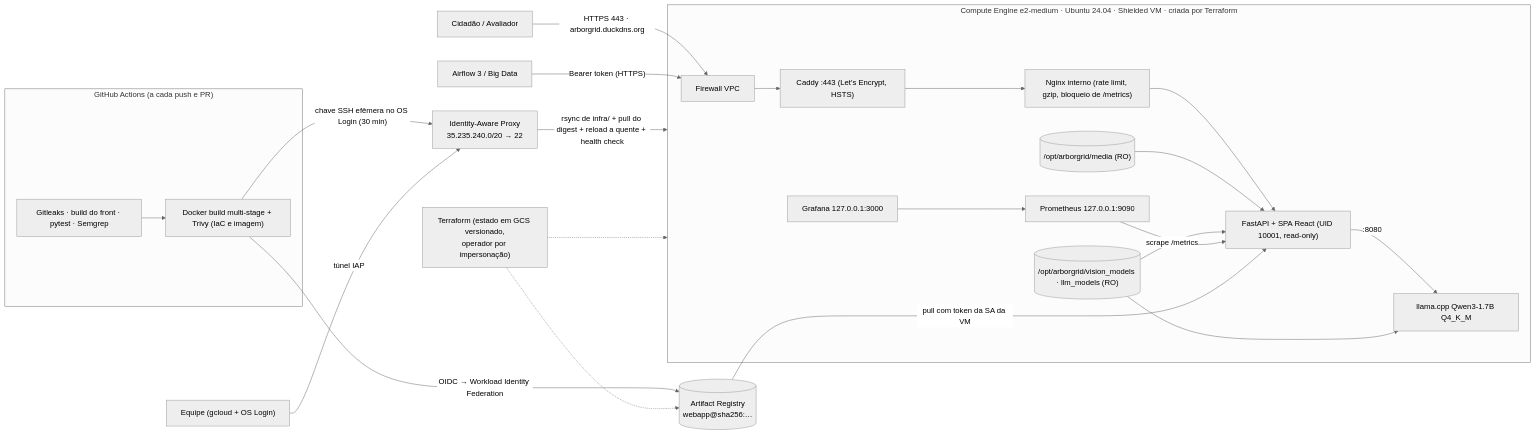
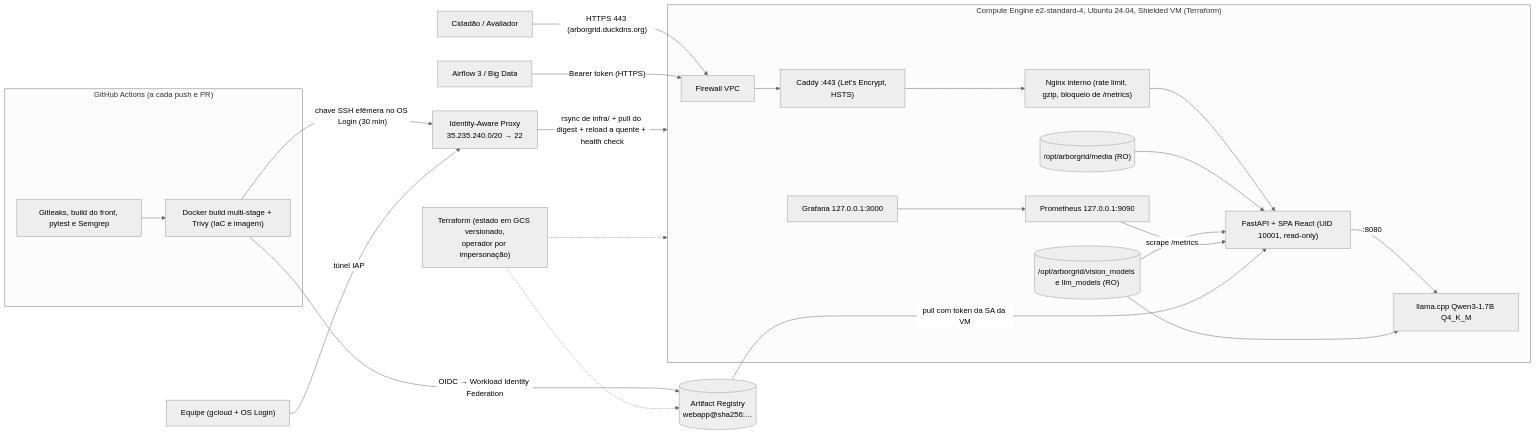
The diagram in infra/ARQUITETURA_CLOUD_DEVSECOPS.md (LM2124/Fiap-2026-GS2-CitizenTech-Projeto-Arborgrid), drawn with Mermaid (neutral theme) before and after one commit. The commit also changed other lines of this file and 6 other files, not shown here.

Commit message:
VM e2-standard-4 com llama.cpp em 4 threads; custo e diagrama atualizados

````diff
--- a/infra/ARQUITETURA_CLOUD_DEVSECOPS.md
+++ b/infra/ARQUITETURA_CLOUD_DEVSECOPS.md
@@ -11,28 +11,28 @@
 ```mermaid
 flowchart LR
     subgraph CI["GitHub Actions (a cada push e PR)"]
-        T["Gitleaks · build do front · pytest · Semgrep"] --> B["Docker build multi-stage + Trivy (IaC e imagem)"]
+        T["Gitleaks, build do front, pytest e Semgrep"] --> B["Docker build multi-stage + Trivy (IaC e imagem)"]
     end
     B -->|"OIDC → Workload Identity Federation"| AR[("Artifact Registry<br/>webapp@sha256:…")]
     B -->|"chave SSH efêmera no OS Login (30 min)"| IAP["Identity-Aware Proxy<br/>35.235.240.0/20 → 22"]
     IAP -->|"rsync de infra/ + pull do digest + reload a quente + health check"| GCE
 
-    User["Cidadão / Avaliador"] -->|"HTTPS 443 · arborgrid.duckdns.org"| FW["Firewall VPC"]
+    User["Cidadão / Avaliador"] -->|"HTTPS 443 (arborgrid.duckdns.org)"| FW["Firewall VPC"]
     Airflow["Airflow 3 / Big Data"] -->|"Bearer token (HTTPS)"| FW
     Admin["Equipe (gcloud + OS Login)"] -->|"túnel IAP"| IAP
 
-    subgraph GCE["Compute Engine e2-medium · Ubuntu 24.04 · Shielded VM · criada por Terraform"]
+    subgraph GCE["Compute Engine e2-standard-4, Ubuntu 24.04, Shielded VM (Terraform)"]
         FW --> Caddy["Caddy :443 (Let's Encrypt, HSTS)"]
         Caddy --> Nginx["Nginx interno (rate limit, gzip, bloqueio de /metrics)"]
         Nginx --> App["FastAPI + SPA React (UID 10001, read-only)"]
         App -->|":8080"| Llama["llama.cpp Qwen3-1.7B Q4_K_M"]
         Media[("/opt/arborgrid/media (RO)")] --> App
-        Models[("/opt/arborgrid/vision_models · llm_models (RO)")] --> App
+        Models[("/opt/arborgrid/vision_models e llm_models (RO)")] --> App
         Models --> Llama
         Prom["Prometheus 127.0.0.1:9090"] -->|"scrape /metrics"| App
         Graf["Grafana 127.0.0.1:3000"] --> Prom
     end
     AR -->|"pull com token da SA da VM"| App
     TF["Terraform (estado em GCS versionado,<br/>operador por impersonação)"] -.-> GCE
     TF -.-> AR
 ```
````
